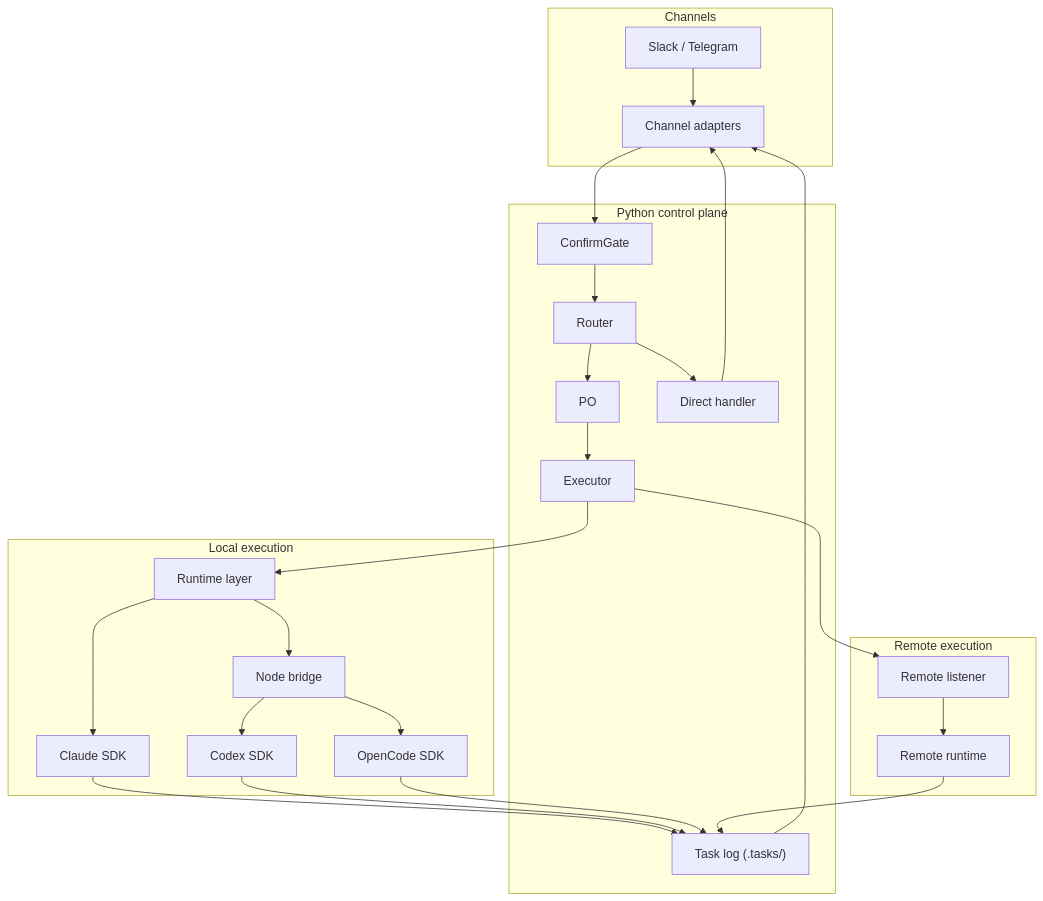
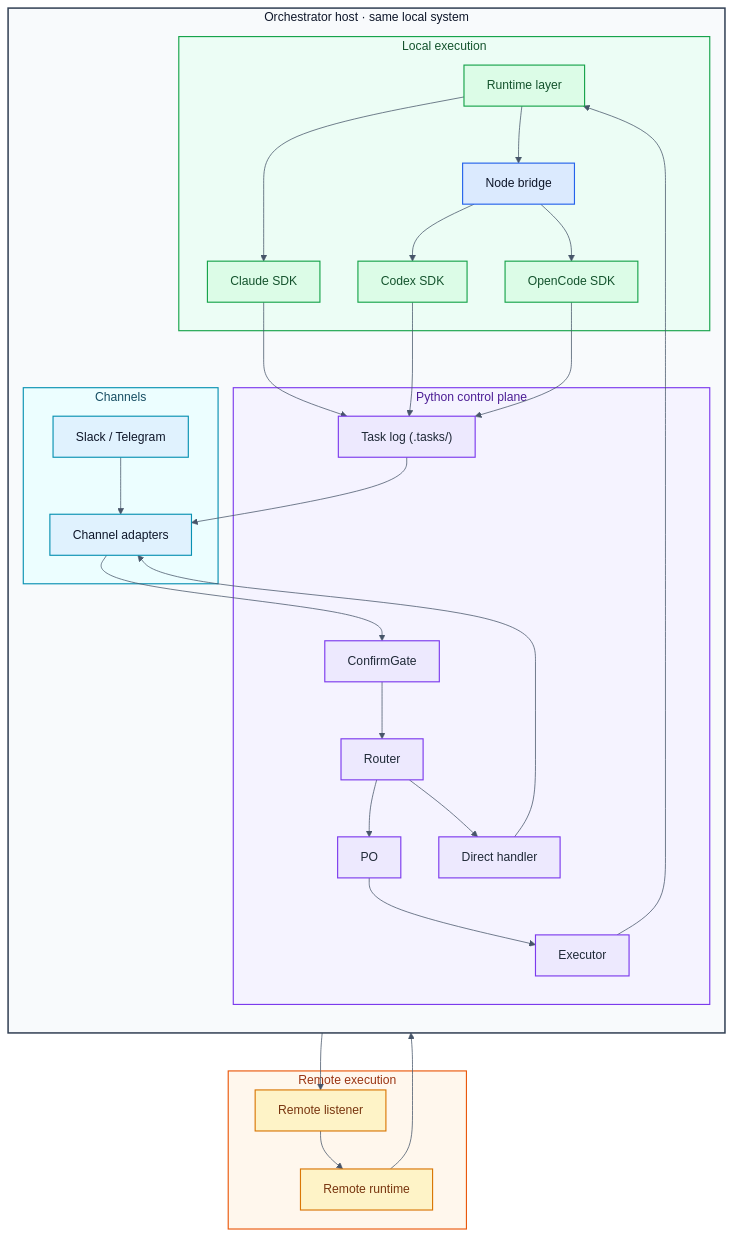
The tenth of 12 diagrams in README.md (matteblack9/coding-agent-fabric), drawn with Mermaid before and after one commit. The commit also changed other lines of this file, not shown here.

Commit message:
docs: colorize README mermaid diagrams

````diff
--- a/README.md
+++ b/README.md
@@ -458,50 +568,71 @@
 ```mermaid
+%%{init: {"theme":"base","themeVariables":{"primaryColor":"#E6F1FB","primaryTextColor":"#0F172A","primaryBorderColor":"#185FA5","secondaryColor":"#EDE9FE","secondaryTextColor":"#1F2937","secondaryBorderColor":"#7C3AED","tertiaryColor":"#ECFDF5","tertiaryTextColor":"#14532D","tertiaryBorderColor":"#16A34A","lineColor":"#475569","clusterBkg":"#F8FAFC","clusterBorder":"#94A3B8","noteBkgColor":"#FEF3C7","noteTextColor":"#78350F","noteBorderColor":"#D97706","activationBkgColor":"#DBEAFE","activationBorderColor":"#2563EB","sequenceNumberColor":"#0F172A"}}}%%
 flowchart TD
-    subgraph CHANNELS["Channels"]
-        U["Slack / Telegram"]
-        CA["Channel adapters"]
-    end
+    subgraph HOST["Orchestrator host · same local system"]
+        direction TB
 
-    subgraph CONTROL["Python control plane"]
-        G["ConfirmGate"]
-        R["Router"]
-        P["PO"]
-        D["Direct handler"]
-        E["Executor"]
-        L["Task log (.tasks/)"]
-    end
+        subgraph CHANNELS["Channels"]
+            U["Slack / Telegram"]
+            CA["Channel adapters"]
+        end
 
-    subgraph LOCAL["Local execution"]
-        RL["Runtime layer"]
-        CSDK["Claude SDK"]
-        BR["Node bridge"]
-        CX["Codex SDK"]
-        OC["OpenCode SDK"]
+        subgraph CONTROL["Python control plane"]
+            G["ConfirmGate"]
+            R["Router"]
+            P["PO"]
+            D["Direct handler"]
+            E["Executor"]
+            L["Task log (.tasks/)"]
+        end
+
+        subgraph LOCAL["Local execution"]
+            RL["Runtime layer"]
+            CSDK["Claude SDK"]
+            BR["Node bridge"]
+            CX["Codex SDK"]
+            OC["OpenCode SDK"]
+        end
     end
 
     subgraph REMOTE["Remote execution"]
         REM["Remote listener"]
         RR["Remote runtime"]
     end
 
     U --> CA --> G
     G --> R
     R --> P
     R --> D
     P --> E
     D --> CA
 
     E --> RL
     E --> REM
     RL --> CSDK
     RL --> BR
     BR --> CX
     BR --> OC
     REM --> RR
 
     CSDK --> L
     CX --> L
     OC --> L
     RR --> L
     L --> CA
+
+    classDef channel fill:#E0F2FE,stroke:#0891B2,color:#0F172A,stroke-width:1.5px
+    classDef control fill:#EDE9FE,stroke:#7C3AED,color:#1F2937,stroke-width:1.5px
+    classDef local fill:#DCFCE7,stroke:#16A34A,color:#14532D,stroke-width:1.5px
+    classDef bridge fill:#DBEAFE,stroke:#2563EB,color:#0F172A,stroke-width:1.5px
+    classDef remote fill:#FEF3C7,stroke:#D97706,color:#78350F,stroke-width:1.5px
+    style HOST fill:#F8FAFC,stroke:#334155,stroke-width:2px,color:#0F172A
+    style CHANNELS fill:#ECFEFF,stroke:#0891B2,stroke-width:1.5px,color:#164E63
+    style CONTROL fill:#F5F3FF,stroke:#7C3AED,stroke-width:1.5px,color:#4C1D95
+    style LOCAL fill:#ECFDF5,stroke:#16A34A,stroke-width:1.5px,color:#14532D
+    style REMOTE fill:#FFF7ED,stroke:#EA580C,stroke-width:1.5px,color:#9A3412
+    class U,CA channel
+    class G,R,P,D,E,L control
+    class RL,CSDK,CX,OC local
+    class BR bridge
+    class REM,RR remote
 ```
````
